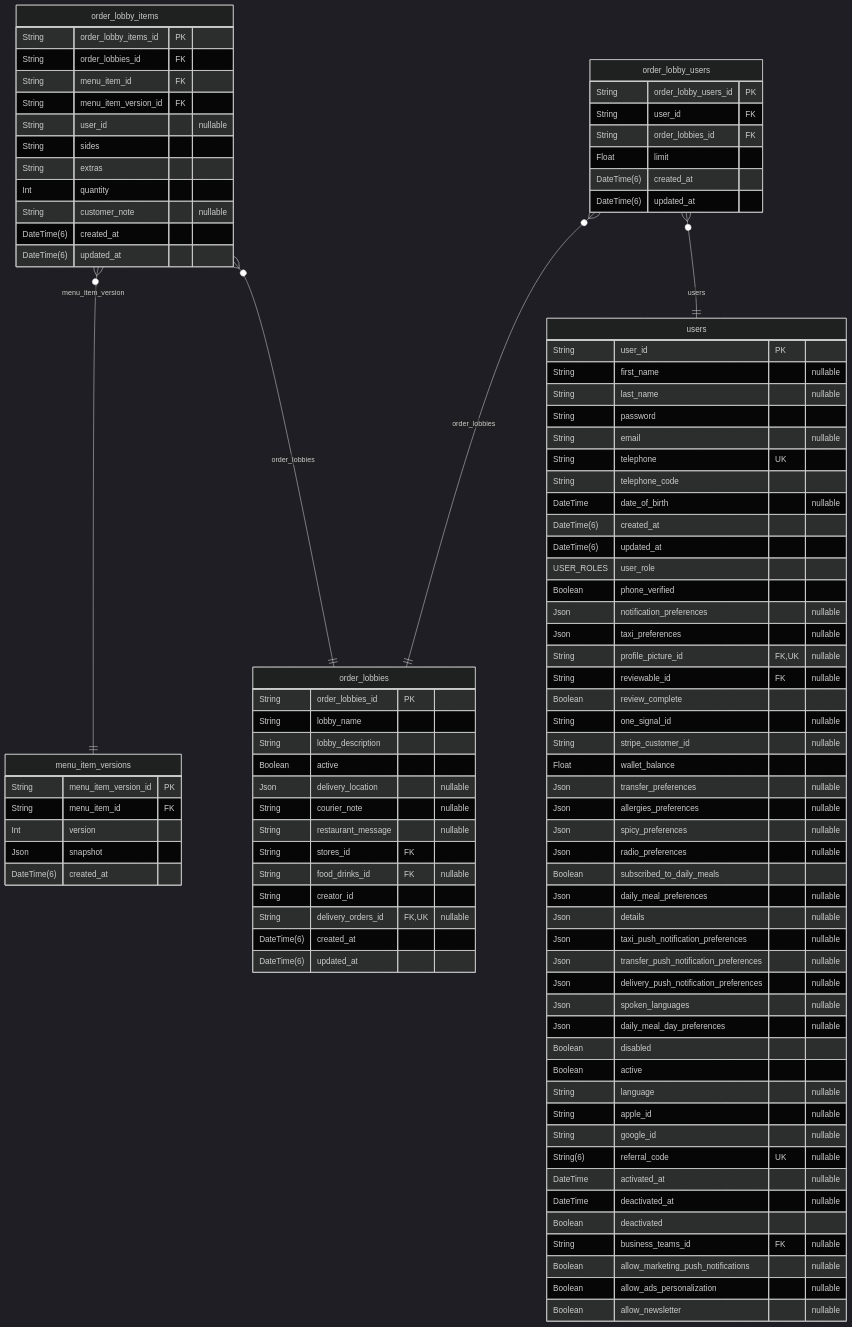
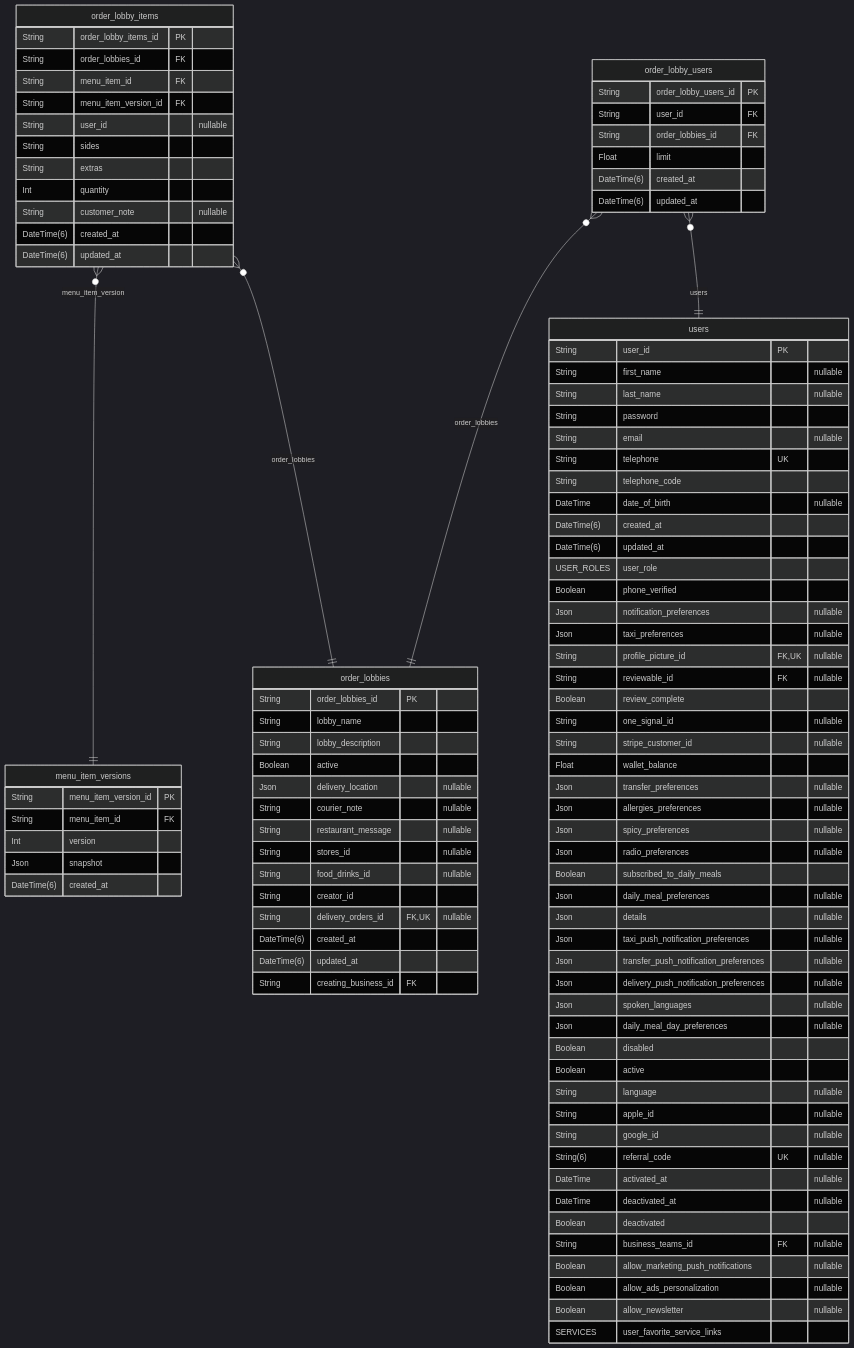
Diagram 28 of 40 in prisma/schemas/ERD.md (pbozic/be-analyisis), drawn with Mermaid (dark theme) before and after one commit. The commit also changed other lines of this file and 21 other files, not shown here.

```diff
--- a/prisma/schemas/ERD.md
+++ b/prisma/schemas/ERD.md
@@ -4877,12 +4964,13 @@
   Json delivery_location "nullable"
   String courier_note "nullable"
   String restaurant_message "nullable"
-  String stores_id FK
-  String food_drinks_id FK "nullable"
+  String stores_id "nullable"
+  String food_drinks_id "nullable"
   String creator_id
   String delivery_orders_id FK,UK "nullable"
   DateTime(6) created_at
   DateTime(6) updated_at
+  String creating_business_id FK
 }
 "order_lobby_items" {
   String order_lobby_items_id PK
@@ -4958,6 +5046,7 @@
   Boolean allow_marketing_push_notifications "nullable"
   Boolean allow_ads_personalization "nullable"
   Boolean allow_newsletter "nullable"
+  SERVICES user_favorite_service_links
 }
 "order_lobby_items" }o--|| "menu_item_versions" : menu_item_version
 "order_lobby_items" }o--|| "order_lobbies" : order_lobbies
```
